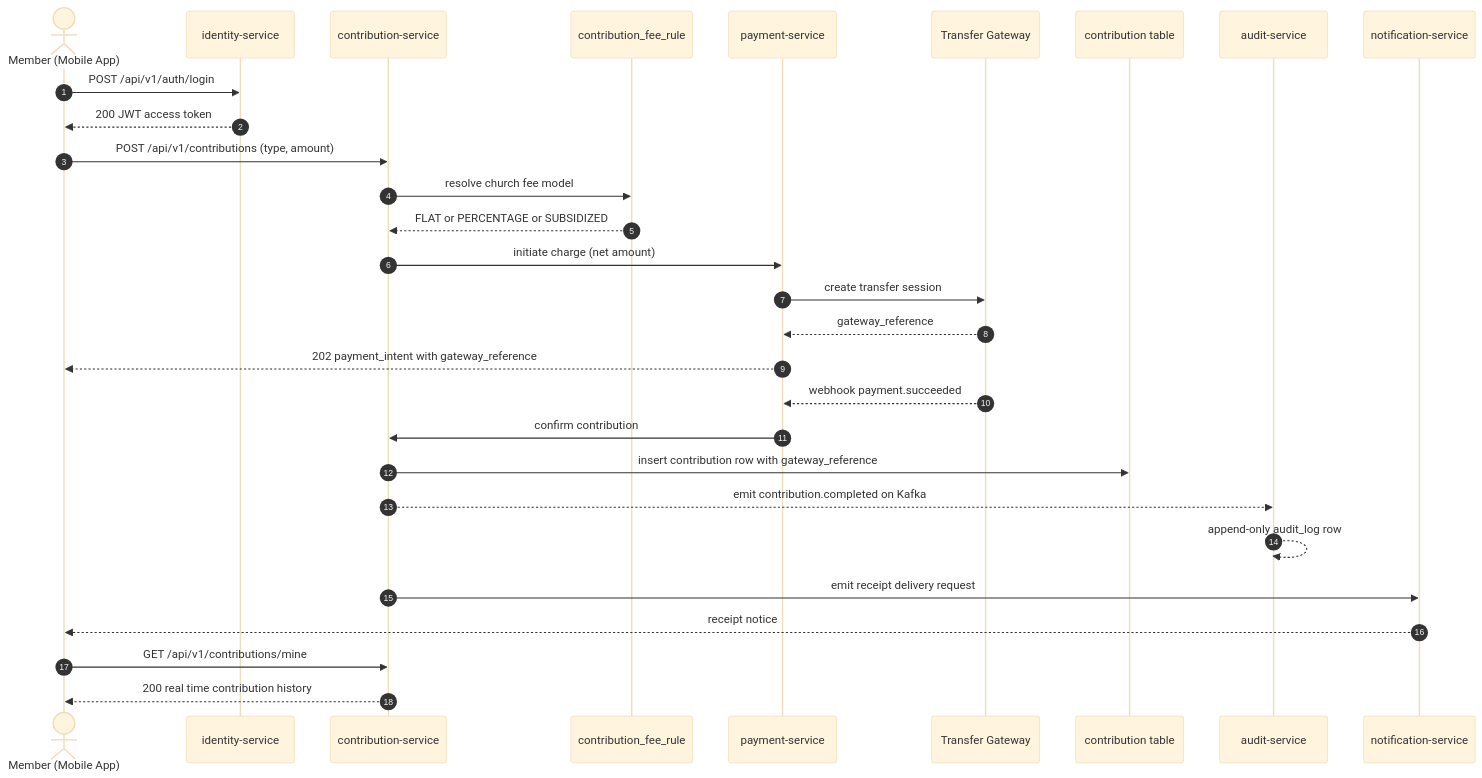
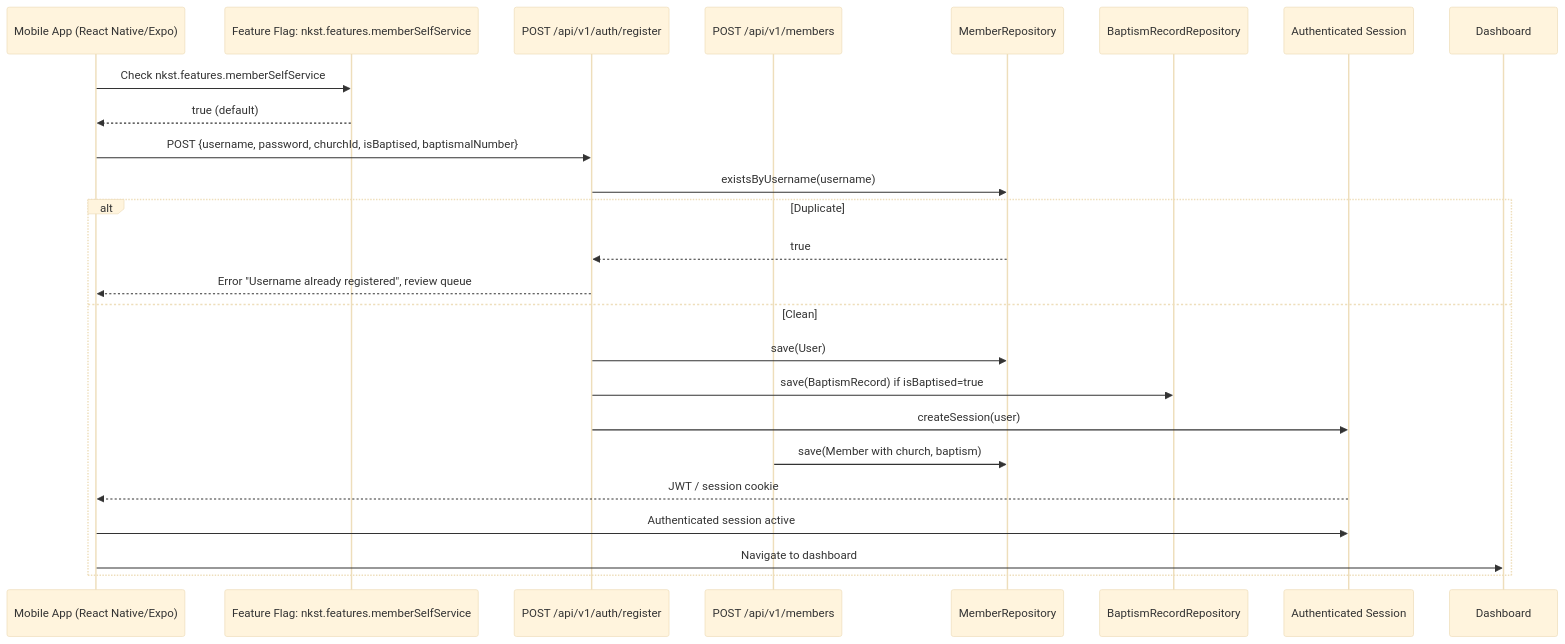
Before and after one commit to mikcheal101/spec-nkst: the diagram in specs/ENGR-001.md, drawn with Mermaid (base theme). The commit also changed other lines of this file and 5 other files, not shown here.

````diff
--- a/specs/ENGR-001.md
+++ b/specs/ENGR-001.md
@@ -64,32 +52,27 @@
 ```mermaid
 sequenceDiagram
-    autonumber
-    actor Member as Member (Mobile App)
-    participant IDS as identity-service
-    participant CS as contribution-service
-    participant FEE as contribution_fee_rule
-    participant PS as payment-service
-    participant GW as Transfer Gateway
-    participant STORE as contribution table
-    participant AUDIT as audit-service
-    participant NOTIF as notification-service
+    participant Mobile as Mobile App (React Native/Expo)
+    participant FeatureFlag as Feature Flag: nkst.features.memberSelfService
+    participant AuthAPI as POST /api/v1/auth/register
+    participant MemberAPI as POST /api/v1/members
+    participant MemberRepo as MemberRepository
+    participant BaptismRepo as BaptismRecordRepository
+    participant Session as Authenticated Session
 
-    Member->>IDS: POST /api/v1/auth/login
-    IDS-->>Member: 200 JWT access token
-    Member->>CS: POST /api/v1/contributions (type, amount)
-    CS->>FEE: resolve church fee model
-    FEE-->>CS: FLAT or PERCENTAGE or SUBSIDIZED
-    CS->>PS: initiate charge (net amount)
-    PS->>GW: create transfer session
-    GW-->>PS: gateway_reference
-    PS-->>Member: 202 payment_intent with gateway_reference
-    GW-->>PS: webhook payment.succeeded
-    PS->>CS: confirm contribution
-    CS->>STORE: insert contribution row with gateway_reference
-    CS-->>AUDIT: emit contribution.completed on Kafka
-    AUDIT-->>AUDIT: append-only audit_log row
-    CS->>NOTIF: emit receipt delivery request
-    NOTIF-->>Member: receipt notice
-    Member->>CS: GET /api/v1/contributions/mine
-    CS-->>Member: 200 real time contribution history
+    Mobile->>FeatureFlag: Check nkst.features.memberSelfService
+    FeatureFlag-->>Mobile: true (default)
+    Mobile->>AuthAPI: POST {username, password, churchId, isBaptised, baptismalNumber}
+    AuthAPI->>MemberRepo: existsByUsername(username)
+    alt Duplicate
+      MemberRepo-->>AuthAPI: true
+      AuthAPI-->>Mobile: Error "Username already registered", review queue
+    else Clean
+      AuthAPI->>MemberRepo: save(User)
+      AuthAPI->>BaptismRepo: save(BaptismRecord) if isBaptised=true
+      AuthAPI->>Session: createSession(user)
+      MemberAPI->>MemberRepo: save(Member with church, baptism)
+      Session-->>Mobile: JWT / session cookie
+      Mobile->>Session: Authenticated session active
+      Mobile->>Dashboard: Navigate to dashboard
+    end
 ```
````
